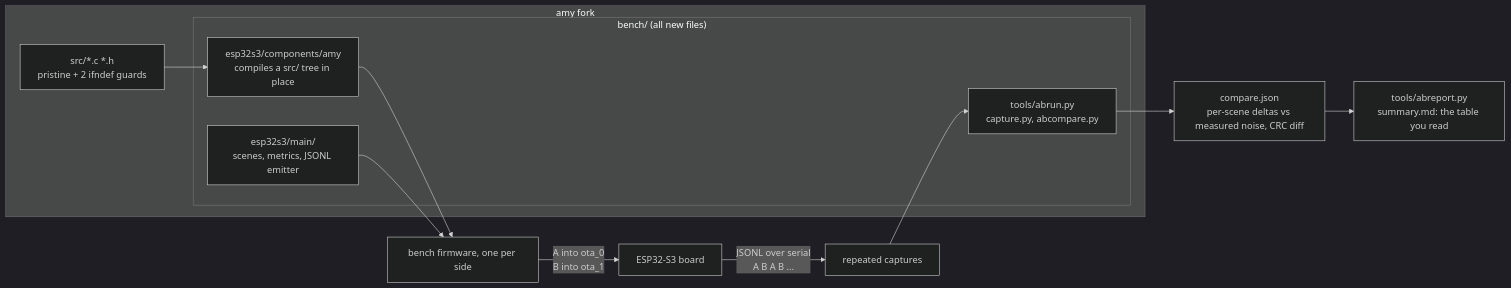
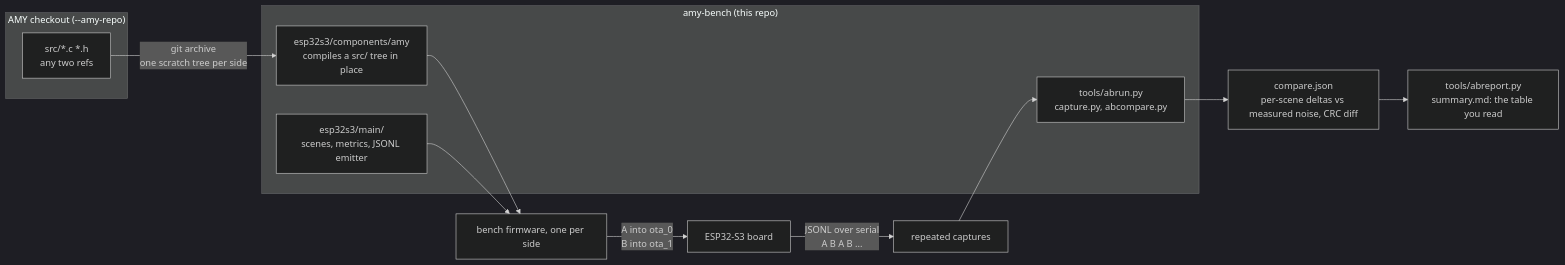
The diagram in README.md (rt-rtos/amy-bench), drawn with Mermaid (dark theme) before and after one commit. The commit also changed other lines of this file and 5 other files, not shown here.

````diff
--- a/README.md
+++ b/README.md
@@ -13,19 +17,19 @@
 ```mermaid
 flowchart LR
-    subgraph fork["amy fork"]
-        src["src/*.c *.h<br/>pristine + 2 ifndef guards"]
-        subgraph bench["bench/ (all new files)"]
-            comp["esp32s3/components/amy<br/>compiles a src/ tree in place"]
-            mainc["esp32s3/main/<br/>scenes, metrics, JSONL emitter"]
-            tools["tools/abrun.py<br/>capture.py, abcompare.py"]
-        end
+    subgraph amy["AMY checkout (--amy-repo)"]
+        src["src/*.c *.h<br/>any two refs"]
     end
-    src --> comp
+    subgraph harness["amy-bench (this repo)"]
+        comp["esp32s3/components/amy<br/>compiles a src/ tree in place"]
+        mainc["esp32s3/main/<br/>scenes, metrics, JSONL emitter"]
+        tools["tools/abrun.py<br/>capture.py, abcompare.py"]
+    end
+    src -->|"git archive<br/>one scratch tree per side"| comp
     comp --> fw["bench firmware, one per side"]
     mainc --> fw
     fw -->|"A into ota_0<br/>B into ota_1"| s3["ESP32-S3 board"]
     s3 -->|"JSONL over serial<br/>A B A B ..."| logs["repeated captures"]
     logs --> tools
     tools --> report["compare.json<br/>per-scene deltas vs measured noise, CRC diff"]
     report --> md["tools/abreport.py<br/>summary.md: the table you read"]
 ```
````
